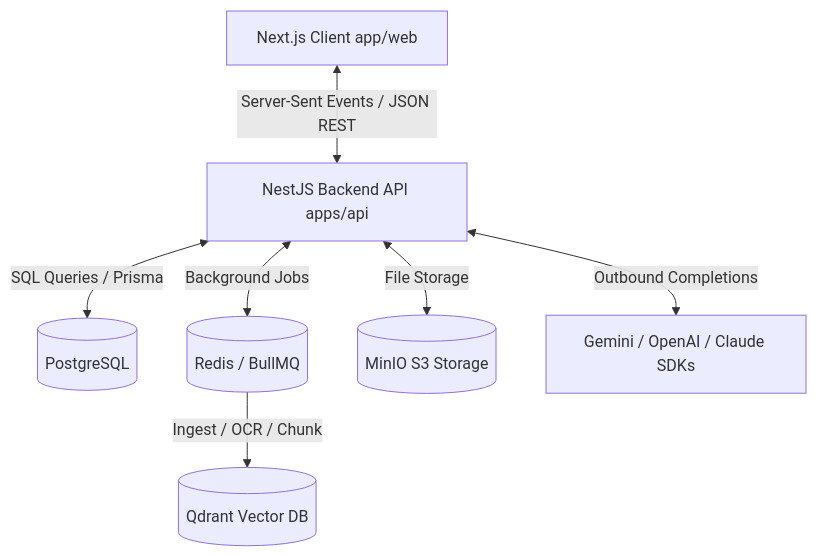
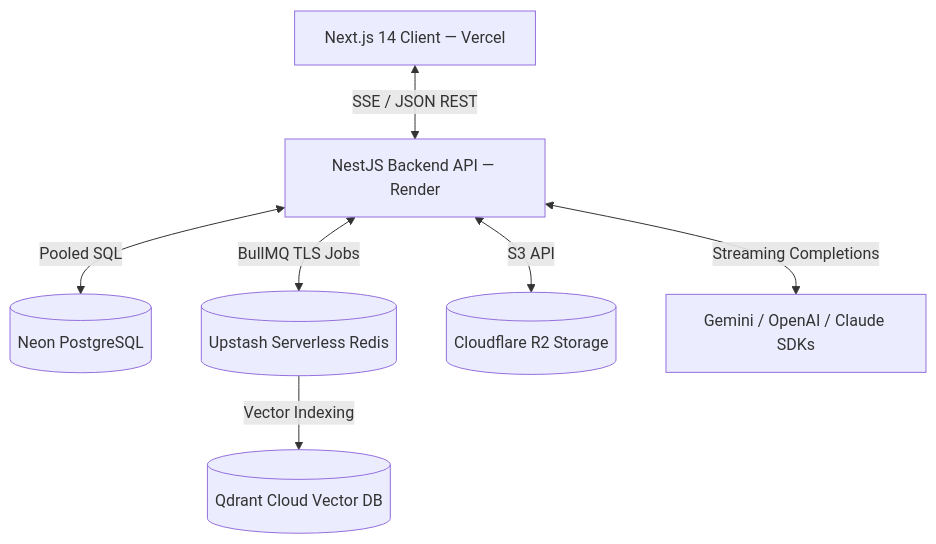
One commit to lavneetsh/Damora-AI changed the diagram in README.md. Above: the diagram before and after it, drawn with Mermaid. The commit also changed other lines of this file, not shown here.

Commit message:
docs: add live production deployment links and architecture summary to README

````diff
--- a/README.md
+++ b/README.md
@@ -42,9 +57,9 @@
 ```mermaid
 graph TD
-    Client[Next.js Client app/web] <-->|Server-Sent Events / JSON REST| API[NestJS Backend API apps/api]
-    API <-->|SQL Queries / Prisma| DB[(PostgreSQL)]
-    API <-->|Background Jobs| Queue[(Redis / BullMQ)]
-    Queue -->|Ingest / OCR / Chunk| Vector[(Qdrant Vector DB)]
-    API <-->|File Storage| Storage[(MinIO S3 Storage)]
-    API <-->|Outbound Completions| LLMs[Gemini / OpenAI / Claude SDKs]
+    Client[Next.js 14 Client — Vercel] <-->|SSE / JSON REST| API[NestJS Backend API — Render]
+    API <-->|Pooled SQL| DB[(Neon PostgreSQL)]
+    API <-->|BullMQ TLS Jobs| Queue[(Upstash Serverless Redis)]
+    Queue -->|Vector Indexing| Vector[(Qdrant Cloud Vector DB)]
+    API <-->|S3 API| Storage[(Cloudflare R2 Storage)]
+    API <-->|Streaming Completions| LLMs[Gemini / OpenAI / Claude SDKs]
 ```
````
